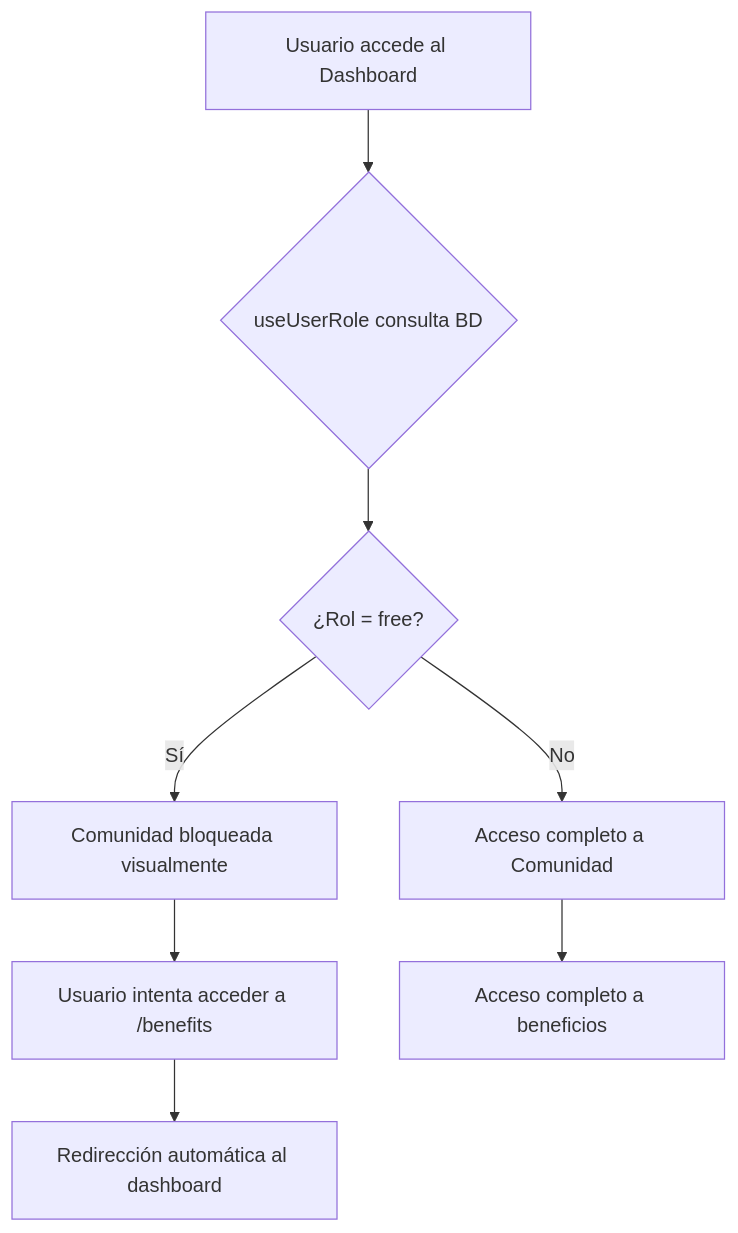
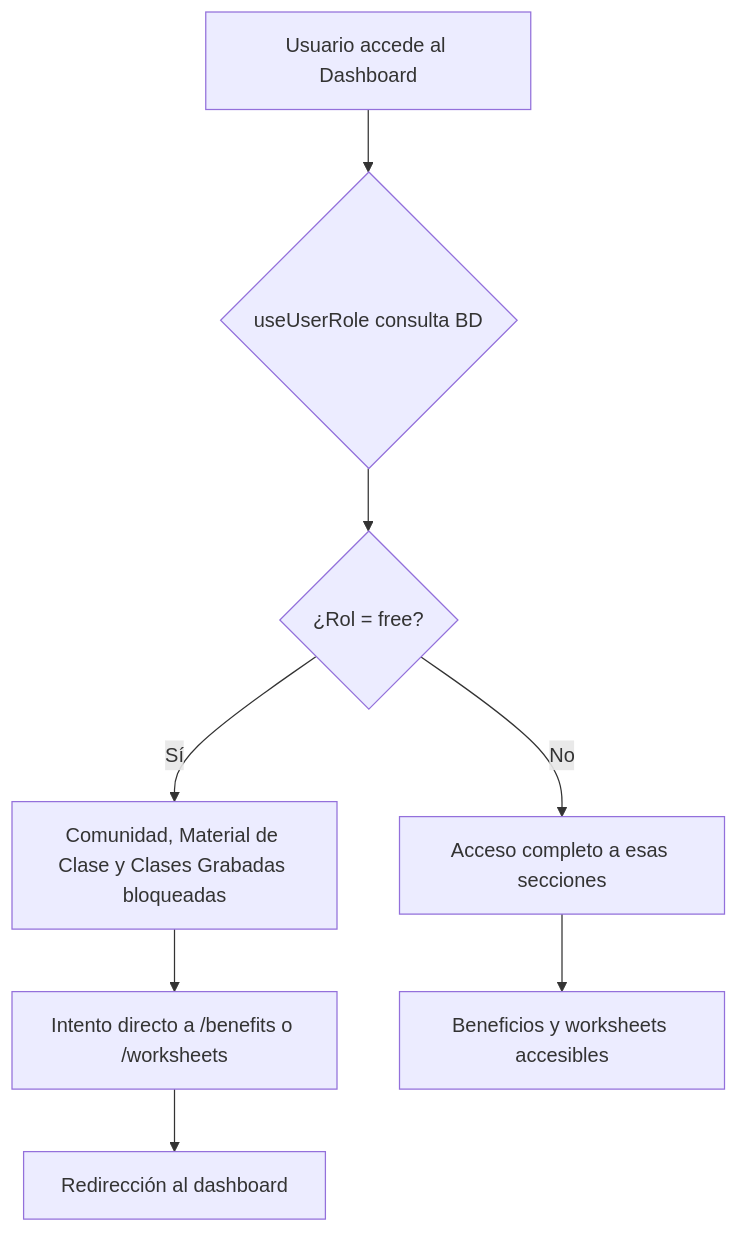
The diagram in ROLE_BASED_ACCESS_CONTROL.md (ZANFRAN13/udesa-nocode), drawn with Mermaid before and after one commit. The commit also changed other lines of this file and 4 other files, not shown here.

````diff
--- a/ROLE_BASED_ACCESS_CONTROL.md
+++ b/ROLE_BASED_ACCESS_CONTROL.md
@@ -86,10 +95,10 @@
 ```mermaid
 graph TD
 A[Usuario accede al Dashboard] --> B{useUserRole consulta BD}
 B --> C{¿Rol = free?}
-C -->|Sí| D[Comunidad bloqueada visualmente]
-C -->|No| E[Acceso completo a Comunidad]
-D --> F[Usuario intenta acceder a /benefits]
-F --> G[Redirección automática al dashboard]
-E --> H[Acceso completo a beneficios]
+C -->|Sí| D[Comunidad, Material de Clase y Clases Grabadas bloqueadas]
+C -->|No| E[Acceso completo a esas secciones]
+D --> F[Intento directo a /benefits o /worksheets]
+F --> G[Redirección al dashboard]
+E --> H[Beneficios y worksheets accesibles]
 ```
````
